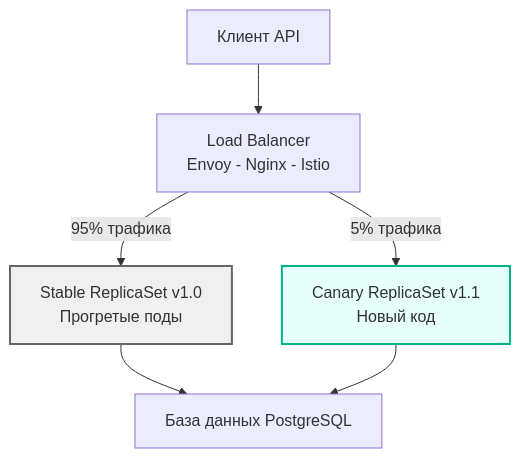
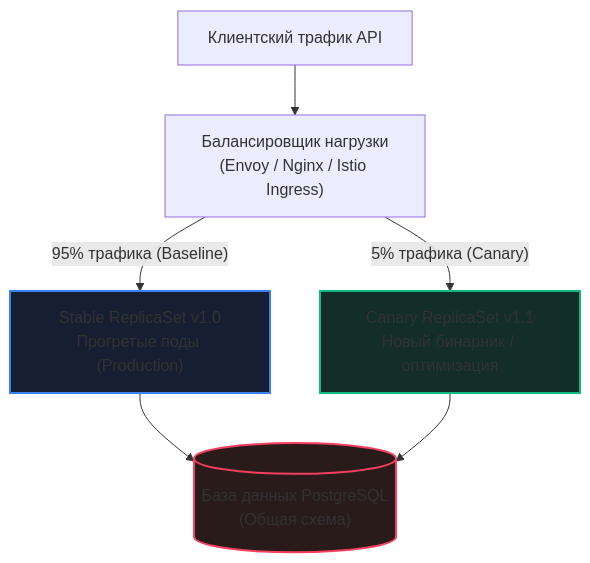
Before and after one commit to UnrealTemplier/go-textbook: the first of 2 diagrams in sources/16. Профилирование, отладка и производительность/10. Highload/4. Canary releases.md, drawn with Mermaid. The commit also changed other lines of this file, not shown here.

Commit message:
feat(module-16): editorial rewrite of 4. Canary releases in Kernighan style

````diff
--- a/sources/16. Профилирование, отладка и производительность/10. Highload/4. Canary releases.md
+++ b/sources/16. Профилирование, отладка и производительность/10. Highload/4. Canary releases.md
@@ -25,13 +47,14 @@
 ```mermaid
 flowchart TD
-    Client["Клиент API"] --> LB["Load Balancer<br>Envoy - Nginx - Istio"]
+    Client["Клиентский трафик API"] --> LB["Балансировщик нагрузки<br>(Envoy / Nginx / Istio Ingress)"]
     
-    LB -->|"95% трафика"| StableGroup["Stable ReplicaSet v1.0<br>Прогретые поды"]
-    LB -->|"5% трафика"| CanaryGroup["Canary ReplicaSet v1.1<br>Новый код"]
+    LB -->|"95% трафика (Baseline)"| StableGroup["Stable ReplicaSet v1.0<br>Прогретые поды (Production)"]
+    LB -->|"5% трафика (Canary)"| CanaryGroup["Canary ReplicaSet v1.1<br>Новый бинарник / оптимизация"]
     
-    StableGroup --> DB["База данных PostgreSQL"]
+    StableGroup --> DB[("База данных PostgreSQL<br>(Общая схема)")]
     CanaryGroup --> DB
     
-    style CanaryGroup fill:#e6fffa,stroke:#00b386,stroke-width:2px
-    style StableGroup fill:#f0f0f0,stroke:#666,stroke-width:2px
+    style CanaryGroup fill:#132d29,stroke:#10b981,stroke-width:2px
+    style StableGroup fill:#161e31,stroke:#3b82f6,stroke-width:2px
+    style DB fill:#2a1b1b,stroke:#f43f5e,stroke-width:2px
 ```
````
